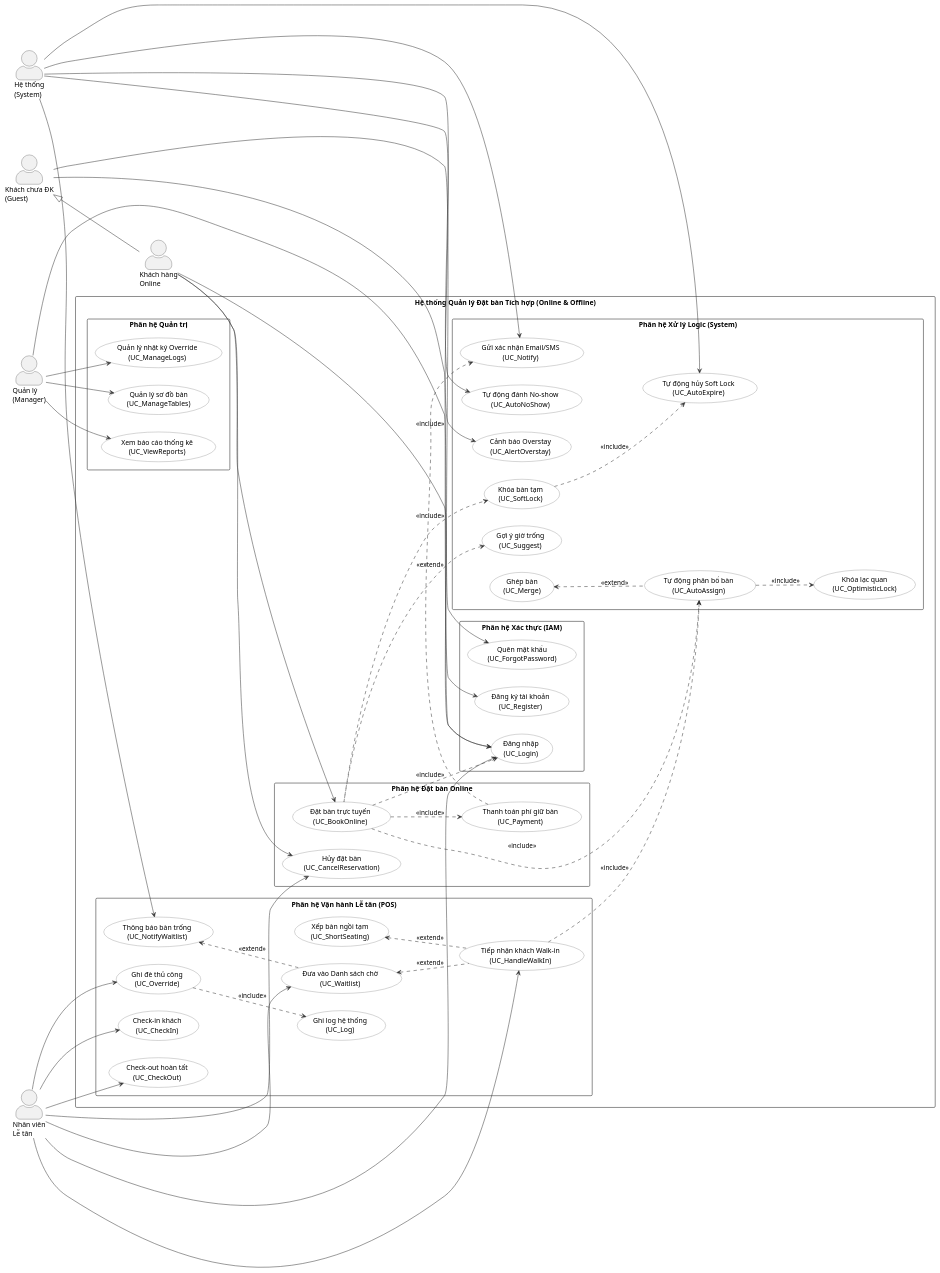
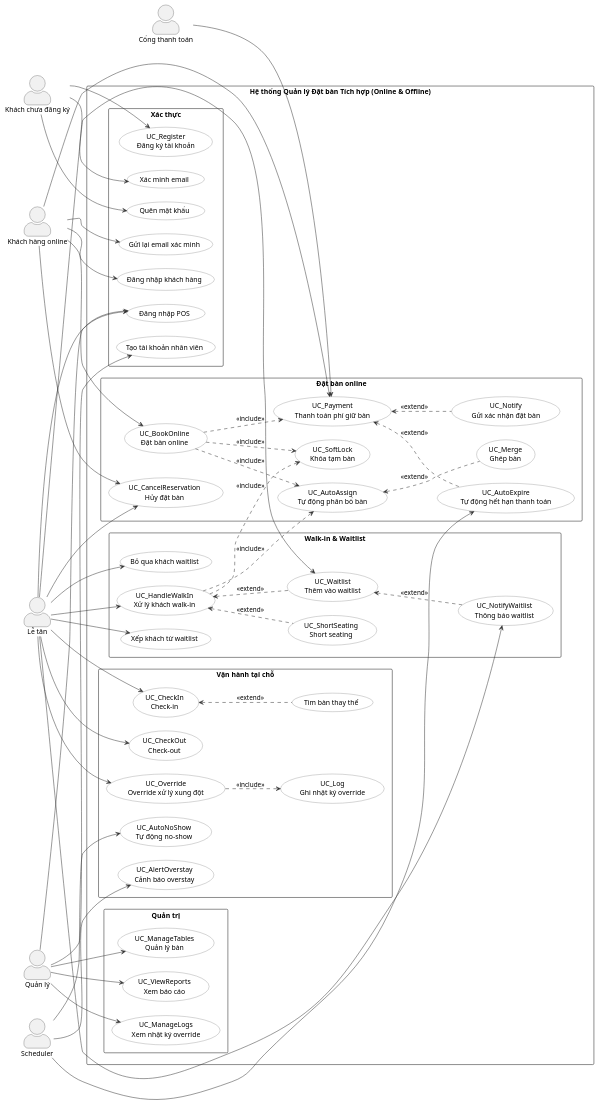
One commit to QuangLam0208/restaurant-reservation-system changed the diagram in docs/uml/use-case-diagram.puml. Above: the diagram before and after it, drawn with PlantUML. The commit also changed 13 other files, not shown here.

```diff
--- a/docs/uml/use-case-diagram.puml
+++ b/docs/uml/use-case-diagram.puml
@@ -1,153 +1,119 @@
 @startuml
 left to right direction
 skinparam actorStyle awesome
 skinparam packageStyle rectangle
-skinparam nodesep 35
-skinparam ranksep 55
+skinparam shadowing false
+skinparam nodesep 28
+skinparam ranksep 35
 skinparam usecase {
   BackgroundColor White
   BorderColor #555
   ArrowColor #333
 }
 
-' ==========================================
-' ACTORS
-' ==========================================
-actor "Khách chưa ĐK\n(Guest)" as Guest
-actor "Khách hàng\nOnline" as OnlineCustomer
-actor "Nhân viên\nLễ tân" as Receptionist
-actor "Quản lý\n(Manager)" as Manager
-actor "Hệ thống\n(System)" as System
-
-' Kế thừa: OnlineCustomer mở rộng từ Guest
-Guest <|-- OnlineCustomer
+actor "Khách chưa đăng ký" as Guest
+actor "Khách hàng online" as Customer
+actor "Lễ tân" as Receptionist
+actor "Quản lý" as Manager
+actor "Cổng thanh toán" as PaymentGateway
+actor "Scheduler" as Scheduler
 
 rectangle "Hệ thống Quản lý Đặt bàn Tích hợp (Online & Offline)" {
 
-  ' ----------------------------------------
-  rectangle "Phân hệ Xác thực (IAM)" {
-    usecase "Đăng ký tài khoản\n(UC_Register)" as UC_Register
-    usecase "Đăng nhập\n(UC_Login)" as UC_Login
-    usecase "Quên mật khẩu\n(UC_ForgotPassword)" as UC_Forgot
+  rectangle "Xác thực" {
+    usecase "UC_Register\nĐăng ký tài khoản" as UC_Register
+    usecase "Xác minh email" as UC_VerifyEmail
+    usecase "Gửi lại email xác minh" as UC_ResendVerification
+    usecase "Đăng nhập khách hàng" as UC_CustomerLogin
+    usecase "Quên mật khẩu" as UC_ForgotPassword
+    usecase "Đăng nhập POS" as UC_StaffLogin
+    usecase "Tạo tài khoản nhân viên" as UC_CreateStaff
   }
 
-  ' ----------------------------------------
-  rectangle "Phân hệ Đặt bàn Online" {
-    usecase "Đặt bàn trực tuyến\n(UC_BookOnline)" as UC_BookOnline
-    usecase "Thanh toán phí giữ bàn\n(UC_Payment)" as UC_Payment
-    usecase "Hủy đặt bàn\n(UC_CancelReservation)" as UC_CancelReservation
+  rectangle "Đặt bàn online" {
+    usecase "UC_BookOnline\nĐặt bàn online" as UC_BookOnline
+    usecase "UC_Payment\nThanh toán phí giữ bàn" as UC_Payment
+    usecase "UC_CancelReservation\nHủy đặt bàn" as UC_CancelReservation
+    usecase "UC_AutoAssign\nTự động phân bổ bàn" as UC_AutoAssign
+    usecase "UC_Merge\nGhép bàn" as UC_Merge
+    usecase "UC_SoftLock\nKhóa tạm bàn" as UC_SoftLock
+    usecase "UC_AutoExpire\nTự động hết hạn thanh toán" as UC_AutoExpire
+    usecase "UC_Notify\nGửi xác nhận đặt bàn" as UC_Notify
   }
 
-  ' ----------------------------------------
-  rectangle "Phân hệ Xử lý Logic (System)" {
-    usecase "Tự động phân bổ bàn\n(UC_AutoAssign)" as UC_AutoAssign
-    usecase "Ghép bàn\n(UC_Merge)" as UC_Merge
-    usecase "Khóa bàn tạm\n(UC_SoftLock)" as UC_SoftLock
-    usecase "Khóa lạc quan\n(UC_OptimisticLock)" as UC_OptimisticLock
-    usecase "Tự động hủy Soft Lock\n(UC_AutoExpire)" as UC_AutoExpire
-    usecase "Gửi xác nhận Email/SMS\n(UC_Notify)" as UC_Notify
-    usecase "Gợi ý giờ trống\n(UC_Suggest)" as UC_Suggest
-    usecase "Tự động đánh No-show\n(UC_AutoNoShow)" as UC_AutoNoShow
-    usecase "Cảnh báo Overstay\n(UC_AlertOverstay)" as UC_AlertOverstay
+  rectangle "Walk-in & Waitlist" {
+    usecase "UC_HandleWalkIn\nXử lý khách walk-in" as UC_HandleWalkIn
+    usecase "UC_ShortSeating\nShort seating" as UC_ShortSeating
+    usecase "UC_Waitlist\nThêm vào waitlist" as UC_Waitlist
+    usecase "UC_NotifyWaitlist\nThông báo waitlist" as UC_NotifyWaitlist
+    usecase "Xếp khách từ waitlist" as UC_SeatWaitlist
+    usecase "Bỏ qua khách waitlist" as UC_SkipWaitlist
   }
 
-  ' ----------------------------------------
-  rectangle "Phân hệ Vận hành Lễ tân (POS)" {
-    usecase "Tiếp nhận khách Walk-in\n(UC_HandleWalkIn)" as UC_HandleWalkIn
-    usecase "Xếp bàn ngồi tạm\n(UC_ShortSeating)" as UC_ShortSeating
-    usecase "Đưa vào Danh sách chờ\n(UC_Waitlist)" as UC_Waitlist
-    usecase "Thông báo bàn trống\n(UC_NotifyWaitlist)" as UC_NotifyWaitlist
-    usecase "Check-in khách\n(UC_CheckIn)" as UC_CheckIn
-    usecase "Check-out hoàn tất\n(UC_CheckOut)" as UC_CheckOut
-    usecase "Ghi đè thủ công\n(UC_Override)" as UC_Override
-    usecase "Ghi log hệ thống\n(UC_Log)" as UC_Log
+  rectangle "Vận hành tại chỗ" {
+    usecase "UC_CheckIn\nCheck-in" as UC_CheckIn
+    usecase "Tìm bàn thay thế" as UC_FindAlternative
+    usecase "UC_AutoNoShow\nTự động no-show" as UC_AutoNoShow
+    usecase "UC_CheckOut\nCheck-out" as UC_CheckOut
+    usecase "UC_AlertOverstay\nCảnh báo overstay" as UC_AlertOverstay
+    usecase "UC_Override\nOverride xử lý xung đột" as UC_Override
+    usecase "UC_Log\nGhi nhật ký override" as UC_Log
   }
 
-  ' ----------------------------------------
-  rectangle "Phân hệ Quản trị" {
-    usecase "Quản lý sơ đồ bàn\n(UC_ManageTables)" as UC_ManageTables
-    usecase "Xem báo cáo thống kê\n(UC_ViewReports)" as UC_ViewReports
-    usecase "Quản lý nhật ký Override\n(UC_ManageLogs)" as UC_ManageLogs
+  rectangle "Quản trị" {
+    usecase "UC_ManageTables\nQuản lý bàn" as UC_ManageTables
+    usecase "UC_ViewReports\nXem báo cáo" as UC_ViewReports
+    usecase "UC_ManageLogs\nXem nhật ký override" as UC_ManageLogs
   }
-
 }
 
-' ==========================================
-' ACTOR → USE CASE
-' ==========================================
+Guest --> UC_Register
+Guest --> UC_VerifyEmail
+Guest --> UC_ForgotPassword
 
-' Guest
-Guest --> UC_Register
-Guest --> UC_Forgot
+Customer --> UC_CustomerLogin
+Customer --> UC_ResendVerification
+Customer --> UC_BookOnline
+Customer --> UC_Payment
+Customer --> UC_CancelReservation
 
-' Khách Online
-OnlineCustomer --> UC_Login
-OnlineCustomer --> UC_BookOnline
-OnlineCustomer --> UC_CancelReservation
-
-' Lễ tân
-Receptionist --> UC_Login
+Receptionist --> UC_StaffLogin
 Receptionist --> UC_HandleWalkIn
+Receptionist --> UC_Waitlist
+Receptionist --> UC_NotifyWaitlist
+Receptionist --> UC_SeatWaitlist
+Receptionist --> UC_SkipWaitlist
 Receptionist --> UC_CheckIn
 Receptionist --> UC_CheckOut
 Receptionist --> UC_CancelReservation
 Receptionist --> UC_Override
-Receptionist --> UC_Waitlist
 
-' Quản lý
-Manager --> UC_Login
+Manager --> UC_StaffLogin
+Manager --> UC_CreateStaff
 Manager --> UC_ManageTables
 Manager --> UC_ViewReports
 Manager --> UC_ManageLogs
 
-' System (chạy ngầm)
-System --> UC_AutoNoShow
-System --> UC_AlertOverstay
-System --> UC_AutoExpire
-System --> UC_Notify
-System --> UC_NotifyWaitlist
+PaymentGateway --> UC_Payment
+Scheduler --> UC_AutoExpire
+Scheduler --> UC_AutoNoShow
+Scheduler --> UC_AlertOverstay
 
-' ==========================================
-' INCLUDE / EXTEND
-' ==========================================
+UC_BookOnline ..> UC_AutoAssign : <<include>>
+UC_AutoAssign <.. UC_Merge : <<extend>>
+UC_BookOnline ..> UC_SoftLock : <<include>>
+UC_BookOnline ..> UC_Payment : <<include>>
 
-' --- Phân hệ Xác thực ---
-' BookOnline yêu cầu đã đăng nhập
-UC_BookOnline ..> UC_Login : <<include>>
+UC_Payment <.. UC_AutoExpire : <<extend>>
+UC_Payment <.. UC_Notify : <<extend>>
 
-' --- Phân hệ Online ---
-UC_BookOnline ..> UC_AutoAssign  : <<include>>
-UC_BookOnline ..> UC_SoftLock    : <<include>>
-UC_BookOnline ..> UC_Payment     : <<include>>
+UC_HandleWalkIn ..> UC_AutoAssign : <<include>>
+UC_HandleWalkIn ..> UC_SoftLock : <<include>>
+UC_HandleWalkIn <.. UC_ShortSeating : <<extend>>
+UC_HandleWalkIn <.. UC_Waitlist : <<extend>>
 
-' AutoAssign luôn dùng Optimistic Lock khi ghi reservation
-UC_AutoAssign ..> UC_OptimisticLock : <<include>>
-
-' Sau thanh toán thành công → gửi thông báo
-UC_Payment ..> UC_Notify         : <<include>>
-
-' Nếu quá hạn 5p → tự hủy lock
-UC_SoftLock ..> UC_AutoExpire    : <<include>>
-
-' AutoAssign thất bại (không có bàn đơn) → thử ghép bàn
-UC_Merge <.. UC_AutoAssign       : <<extend>>
-
-' Không tìm được bàn → gợi ý giờ khác
-UC_Suggest <.. UC_BookOnline     : <<extend>>
-
-' --- Phân hệ Walk-in ---
-UC_HandleWalkIn ..> UC_AutoAssign  : <<include>>
-
-' Bàn trống một phần → đề xuất Short Seating
-UC_ShortSeating <.. UC_HandleWalkIn : <<extend>>
-
-' Hết bàn → vào Waitlist
-UC_Waitlist <.. UC_HandleWalkIn   : <<extend>>
-
-' Có bàn trống → thông báo khách chờ
-UC_NotifyWaitlist <.. UC_Waitlist  : <<extend>>
-
-' --- Phân hệ Override ---
+UC_Waitlist <.. UC_NotifyWaitlist : <<extend>>
+UC_CheckIn <.. UC_FindAlternative : <<extend>>
 UC_Override ..> UC_Log : <<include>>
 
 @enduml
```
